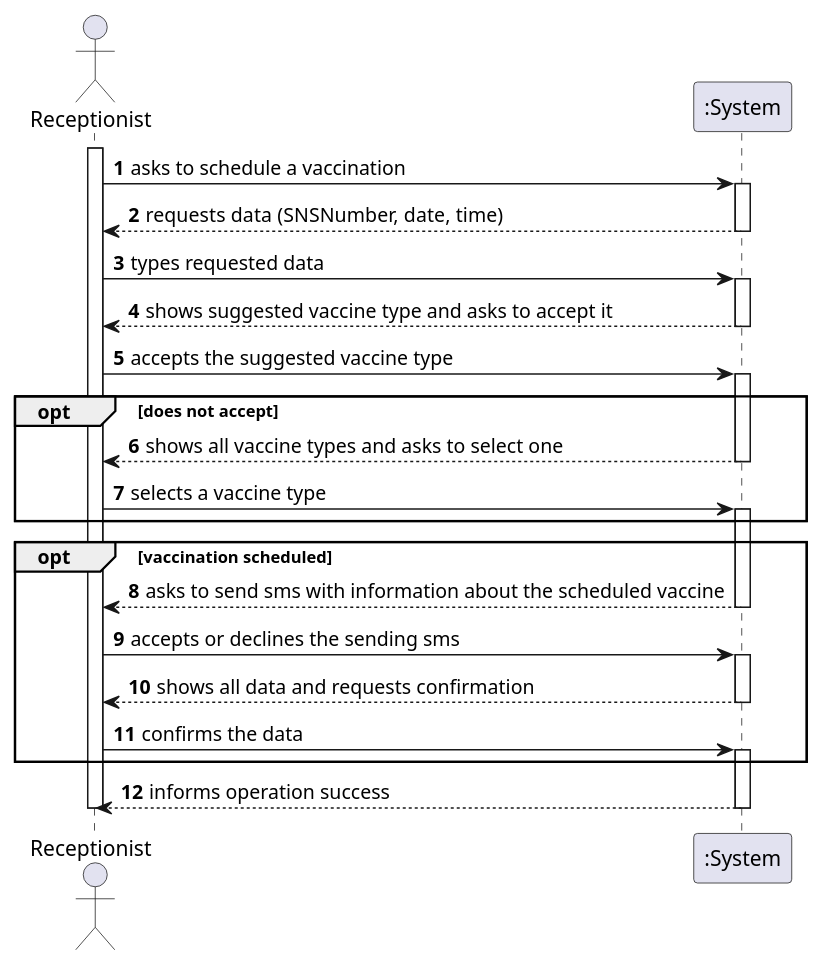
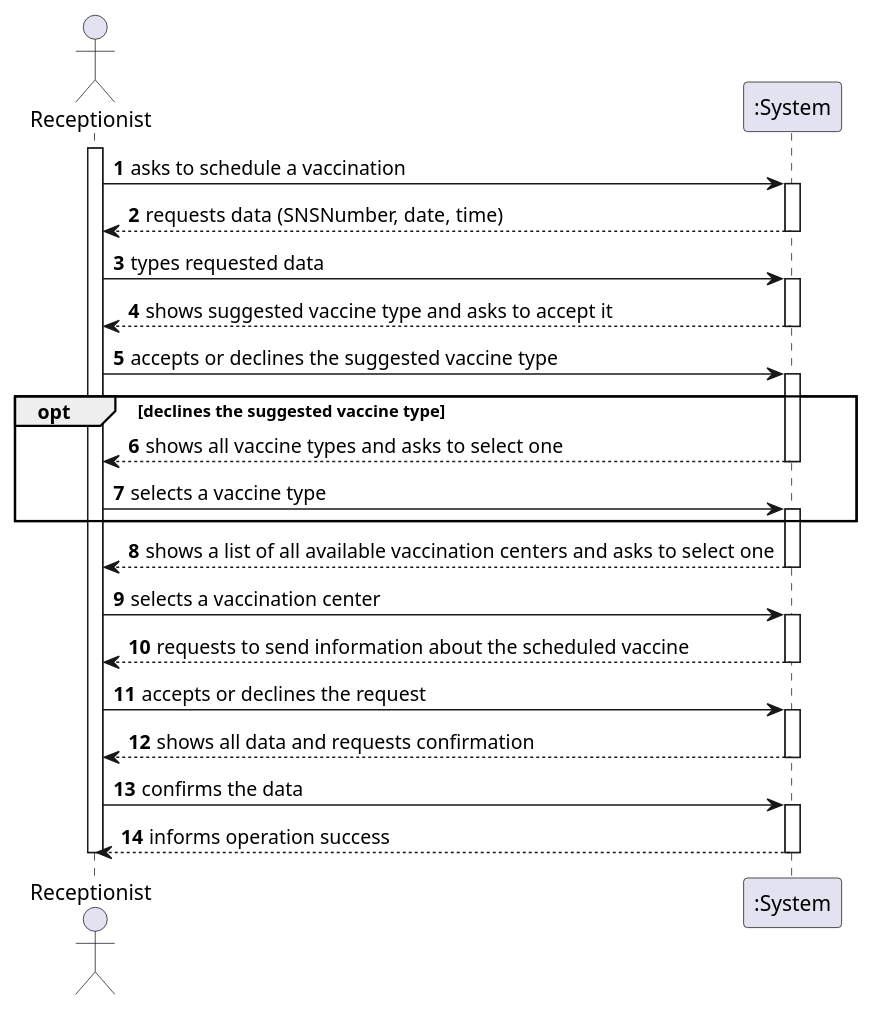
Before and after one commit to miseEnPlace-i/lapr2: the diagram in docs/SprintC/US02/SSD/US02_SSD.puml, drawn with PlantUML. The commit also changed 2 other files, not shown here.

```diff
--- a/docs/SprintC/US02/SSD/US02_SSD.puml
+++ b/docs/SprintC/US02/SSD/US02_SSD.puml
@@ -1,41 +1,45 @@
 @startuml US02_SSD
 autonumber
 actor "Receptionist" as Recept
 
 activate Recept
 Recept -> ":System" : asks to schedule a vaccination
 activate ":System"
 ":System" --> Recept : requests data (SNSNumber, date, time)
 deactivate ":System"
 Recept -> ":System" : types requested data
 activate ":System"
 
 ":System" --> Recept : shows suggested vaccine type and asks to accept it
 deactivate ":System"
-Recept -> ":System" : accepts the suggested vaccine type
+Recept -> ":System" : accepts or declines the suggested vaccine type
 activate ":System"
 
-opt does not accept
+opt declines the suggested vaccine type
 ":System" --> Recept : shows all vaccine types and asks to select one
 deactivate ":System"
 Recept -> ":System" : selects a vaccine type
 activate ":System"
 end
 
-opt vaccination scheduled
-":System" --> Recept : asks to send sms with information about the scheduled vaccine 
+":System" --> Recept: shows a list of all available vaccination centers and asks to select one
 deactivate ":System"
-Recept -> ":System" : accepts or declines the sending sms
+Recept -> ":System" : selects a vaccination center
+activate ":System"
+
+":System" --> Recept : requests to send information about the scheduled vaccine 
+deactivate ":System"
+Recept -> ":System" : accepts or declines the request
 activate ":System"
 
 ":System" --> Recept : shows all data and requests confirmation
 deactivate ":System"
 Recept -> ":System" : confirms the data
 activate ":System"
-end
+
 ":System" --> Recept : informs operation success
 deactivate ":System"
 
 deactivate Recept
 
 @enduml
```
